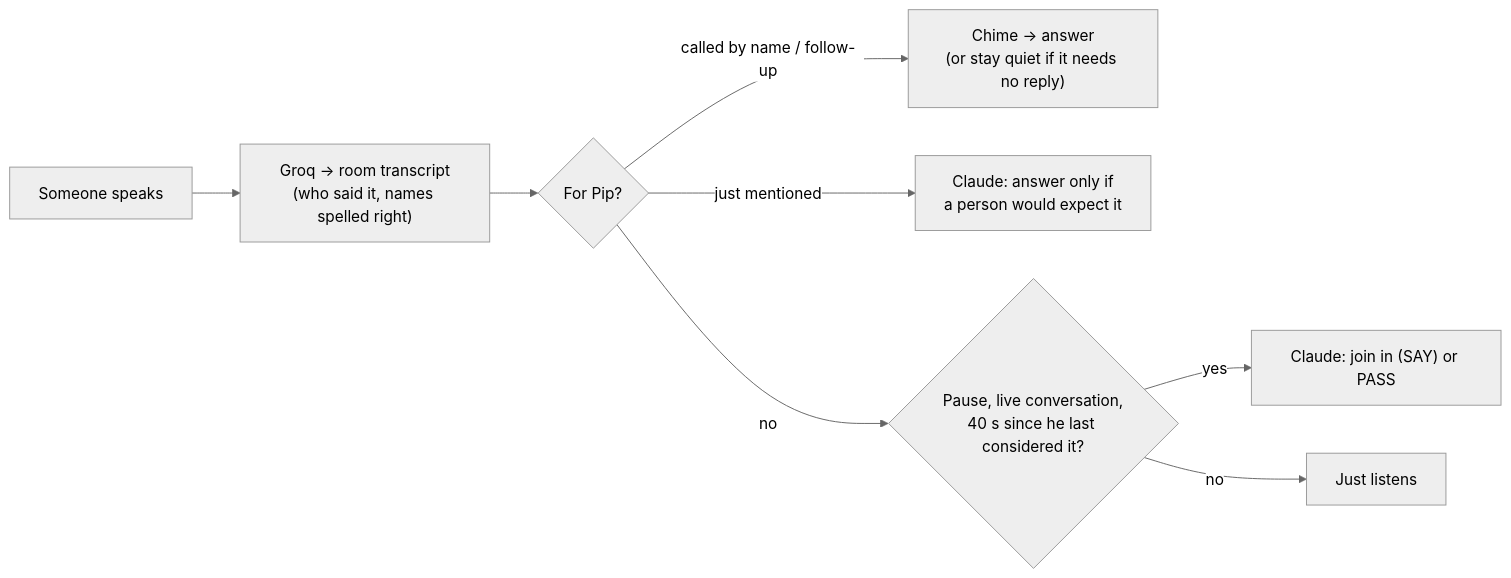
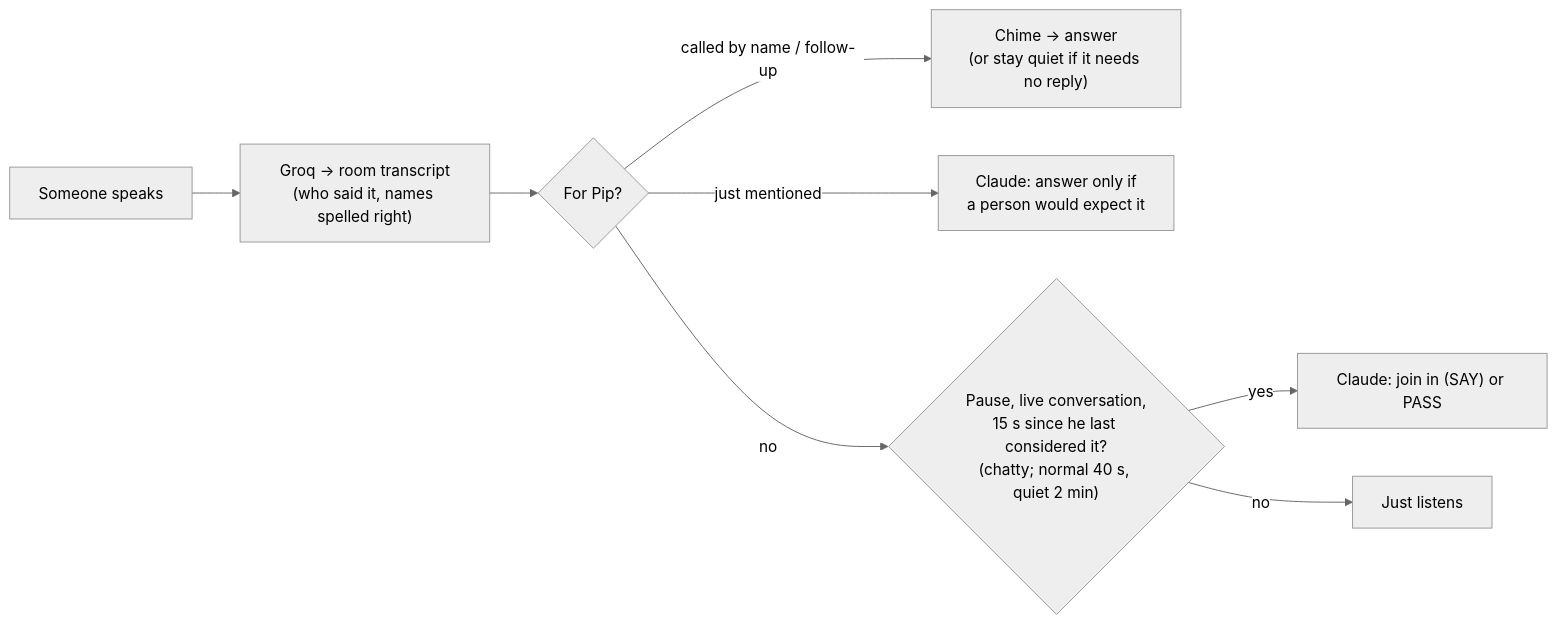
The first of 9 diagrams in docs/PIP-SPEC.md (LandenHeine17/pip), drawn with Mermaid (neutral theme) before and after one commit. The commit also changed other lines of this file and 22 other files, not shown here.

````diff
--- a/docs/PIP-SPEC.md
+++ b/docs/PIP-SPEC.md
@@ -66,10 +67,10 @@
 ```mermaid
 flowchart LR
     S["Someone speaks"] --> T["Groq → room transcript<br/>(who said it, names spelled right)"]
     T --> Q{"For Pip?"}
     Q -- "called by name / follow-up" --> A["Chime → answer<br/>(or stay quiet if it needs no reply)"]
     Q -- "just mentioned" --> M["Claude: answer only if<br/>a person would expect it"]
-    Q -- "no" --> J{"Pause, live conversation,<br/>40 s since he last considered it?"}
+    Q -- "no" --> J{"Pause, live conversation,<br/>15 s since he last considered it?<br/>(chatty; normal 40 s, quiet 2 min)"}
     J -- yes --> C["Claude: join in (SAY) or PASS"]
     J -- no --> N["Just listens"]
 ```
````
